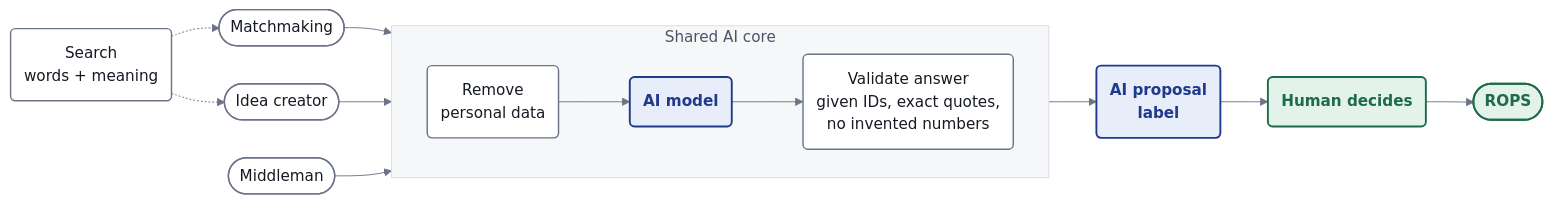
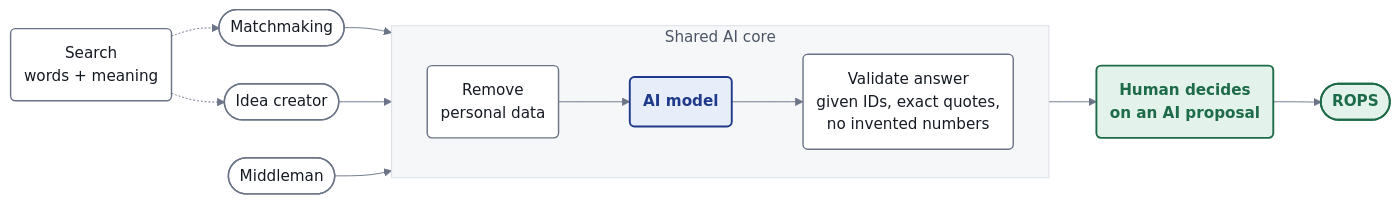
The diagram in pitch/diagramy/ai-1-overview.mmd (DEFALT314/feniks), drawn with Mermaid before and after one commit. The commit also changed 8 other files, not shown here.

Commit message:
AI diagrams: embeddings diagram, simpler overview and creator lanes

```diff
--- a/pitch/diagramy/ai-1-overview.mmd
+++ b/pitch/diagramy/ai-1-overview.mmd
@@ -1,19 +1,18 @@
 %%{init: {"theme":"base","themeVariables":{"background":"#FFFFFF","primaryColor":"#FFFFFF","primaryBorderColor":"#1F3A8A","primaryTextColor":"#151A23","lineColor":"#6B7487","fontFamily":"Inter, Arial, Liberation Sans, Noto Sans, sans-serif","fontSize":"16px"},"flowchart":{"curve":"basis","nodeSpacing":40,"rankSpacing":50,"padding":14,"wrappingWidth":260}}}%%
 flowchart LR
     M(["Matchmaking"]):::data --> P
     C(["Idea creator"]):::data --> P
     W(["Middleman"]):::data --> P
     S("Search<br/>words + meaning"):::data -.-> M
     S -.-> C
     subgraph core["Shared AI core"]
         direction LR
         P("Remove<br/>personal data"):::data --> A("AI model"):::ai
         A --> V("Validate answer<br/>given IDs, exact quotes,<br/>no invented numbers"):::data
     end
-    V --> L("AI proposal<br/>label"):::ai
-    L --> H("Human decides"):::human
+    V --> H("Human decides<br/>on an AI proposal"):::human
     H --> R(["ROPS"]):::human
     style core fill:#F6F7F9,stroke:#D9DDE4,color:#4B5565
     classDef ai fill:#E8EDFA,stroke:#1F3A8A,stroke-width:2px,color:#1F3A8A,font-weight:bold
     classDef data fill:#FFFFFF,stroke:#6B7487,stroke-width:1.5px,color:#151A23
     classDef human fill:#E3F2EA,stroke:#1D6B48,stroke-width:2px,color:#1D6B48,font-weight:bold
```
